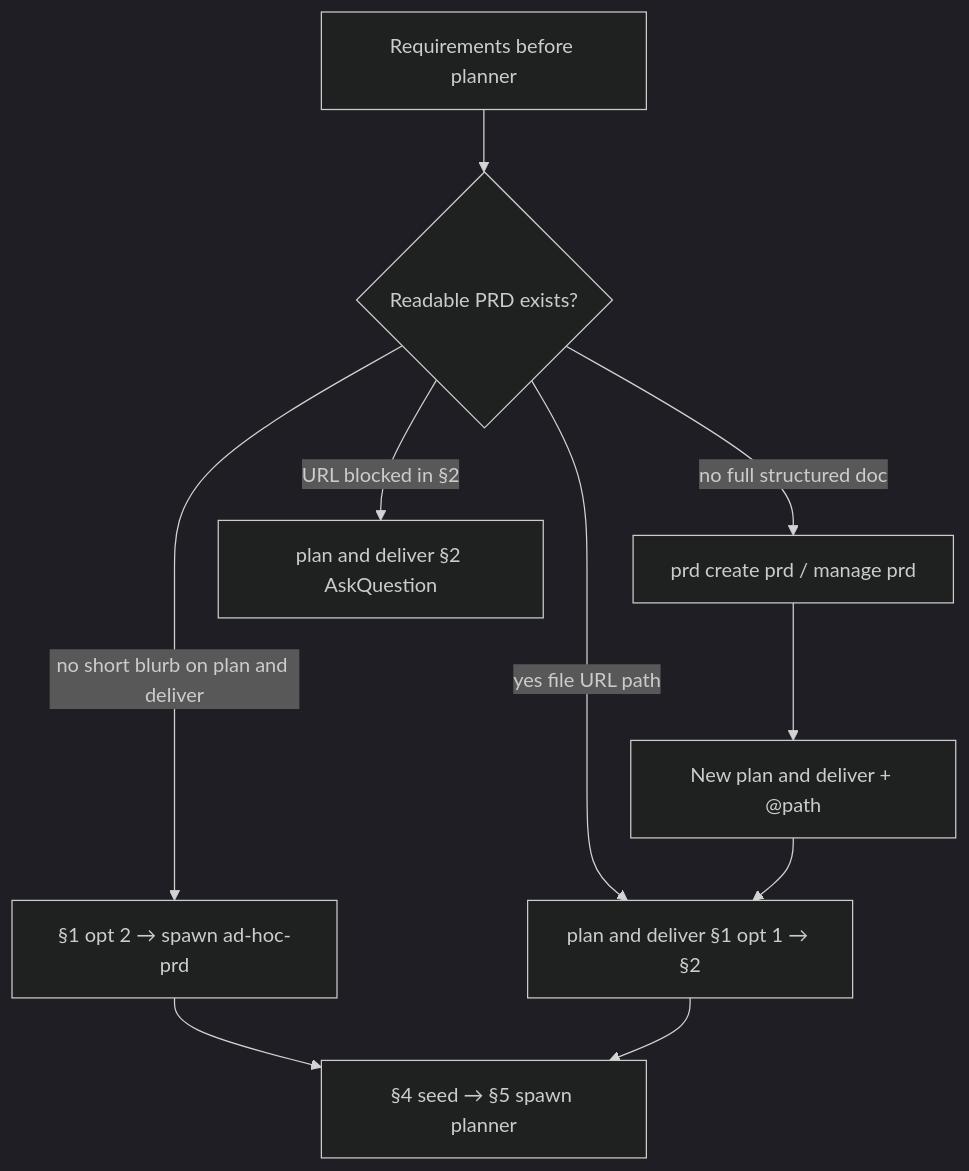
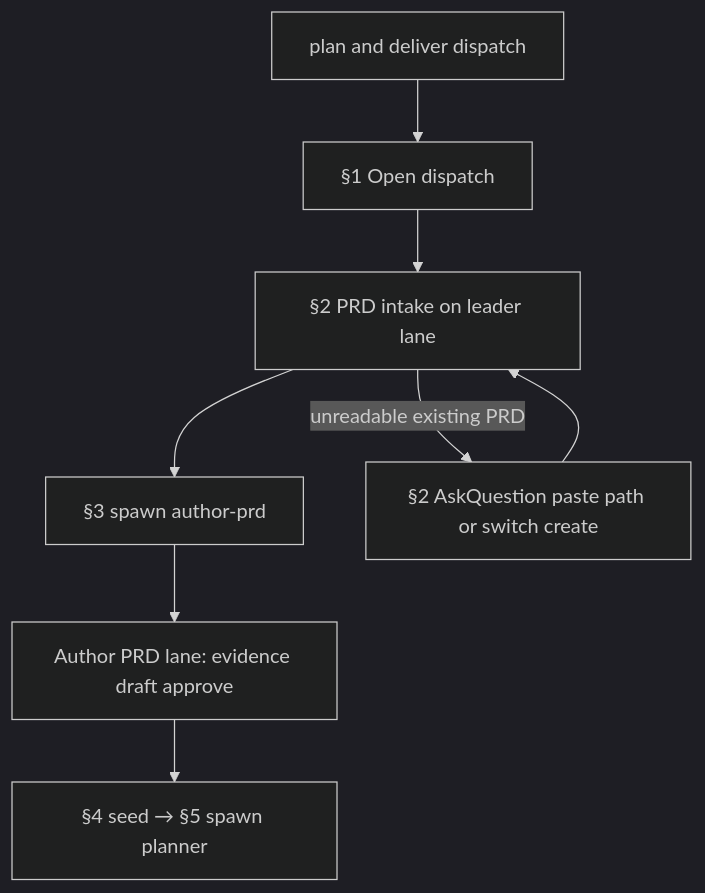
One commit to safebeat-sedea/research-and-development changed the first of 4 diagrams in docs/development-process.md. Above: the diagram before and after it, drawn with Mermaid (dark theme). The commit also changed other lines of this file and 9 other files, not shown here.

First line of the commit message:
Integrate author-prd into plan-and-deliver and remove standalone prd mission.

````diff
--- a/docs/development-process.md
+++ b/docs/development-process.md
@@ -89,12 +89,10 @@
 ```mermaid
 flowchart TD
- START[Requirements before planner] --> HAS{Readable PRD exists?}
- HAS -->|yes file URL path| PAD[plan and deliver §1 opt 1 → §2]
- HAS -->|no short blurb on plan and deliver| ADHOC[§1 opt 2 → spawn ad-hoc-prd]
- HAS -->|no full structured doc| PRD[prd create prd / manage prd]
- HAS -->|URL blocked in §2| AQ[plan and deliver §2 AskQuestion]
- PRD --> LATER[New plan and deliver + @path]
- ADHOC --> SEED[§4 seed → §5 spawn planner]
- PAD --> SEED
- LATER --> PAD
+ START[plan and deliver dispatch] --> S1[§1 Open dispatch]
+ S1 --> S2[§2 PRD intake on leader lane]
+ S2 --> S3[§3 spawn author-prd]
+ S3 --> APR[Author PRD lane: evidence draft approve]
+ APR --> SEED[§4 seed → §5 spawn planner]
+ S2 -->|unreadable existing PRD| AQ[§2 AskQuestion paste path or switch create]
+ AQ --> S2
 ```
````
